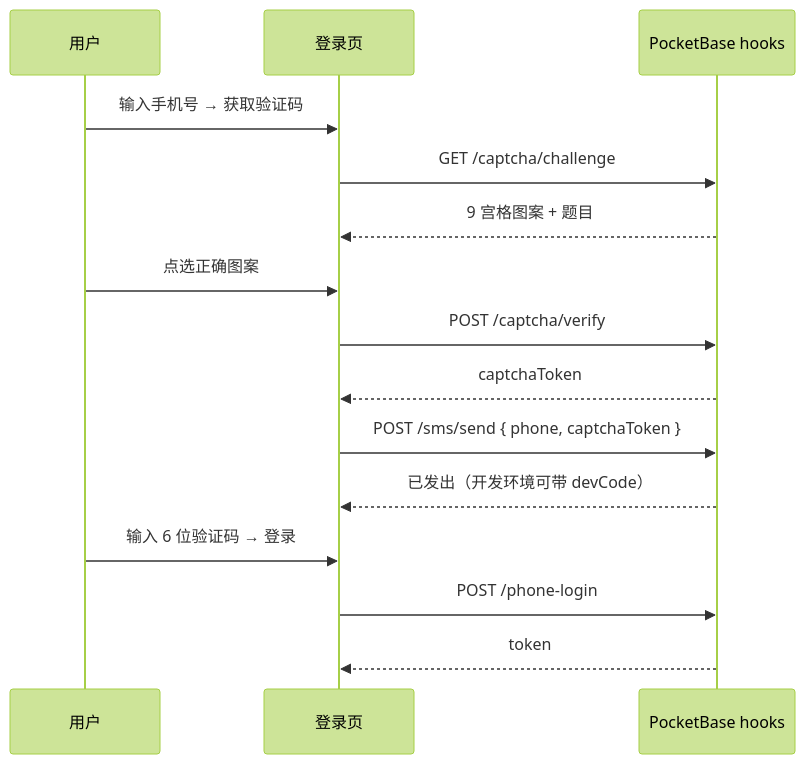
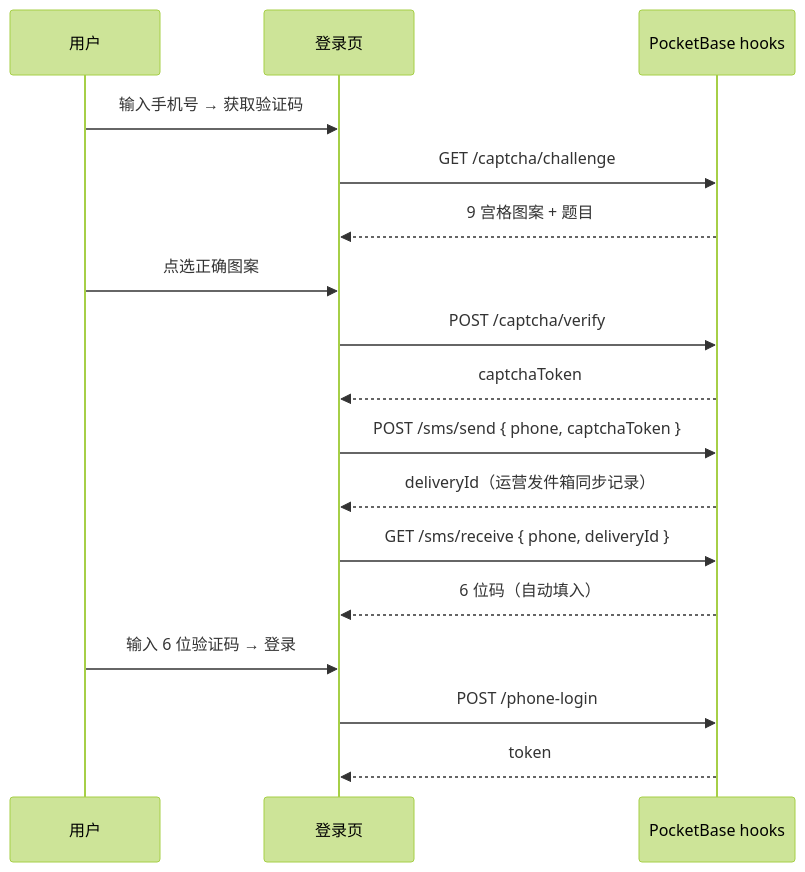
The diagram in nuanban_github/docs/SMS_CAPTCHA.md (jushuolot/jinshouzhi), drawn with Mermaid (forest theme) before and after one commit. The commit also changed other lines of this file and 7 other files, not shown here.

````diff
--- a/nuanban_github/docs/SMS_CAPTCHA.md
+++ b/nuanban_github/docs/SMS_CAPTCHA.md
@@ -7,18 +7,20 @@
 ```mermaid
 sequenceDiagram
   participant U as 用户
   participant H5 as 登录页
   participant PB as PocketBase hooks
 
   U->>H5: 输入手机号 → 获取验证码
   H5->>PB: GET /captcha/challenge
   PB-->>H5: 9 宫格图案 + 题目
   U->>H5: 点选正确图案
   H5->>PB: POST /captcha/verify
   PB-->>H5: captchaToken
   H5->>PB: POST /sms/send { phone, captchaToken }
-  PB-->>H5: 已发出（开发环境可带 devCode）
+  PB-->>H5: deliveryId（运营发件箱同步记录）
+  H5->>PB: GET /sms/receive { phone, deliveryId }
+  PB-->>H5: 6 位码（自动填入）
   U->>H5: 输入 6 位验证码 → 登录
   H5->>PB: POST /phone-login
   PB-->>H5: token
 ```
````
